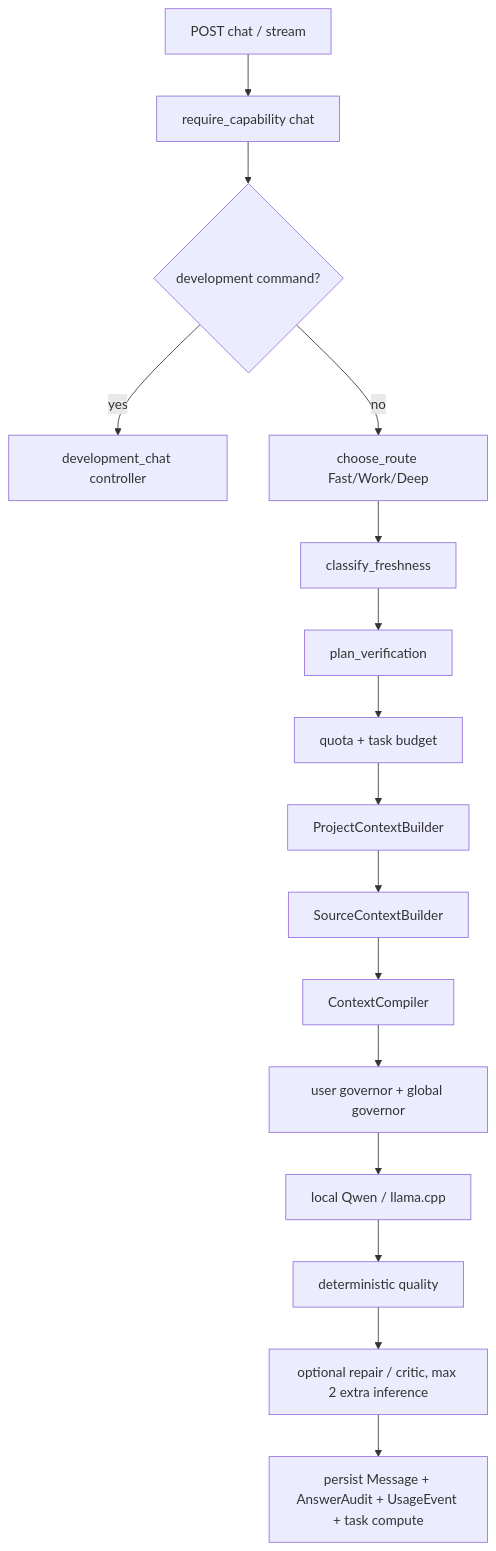
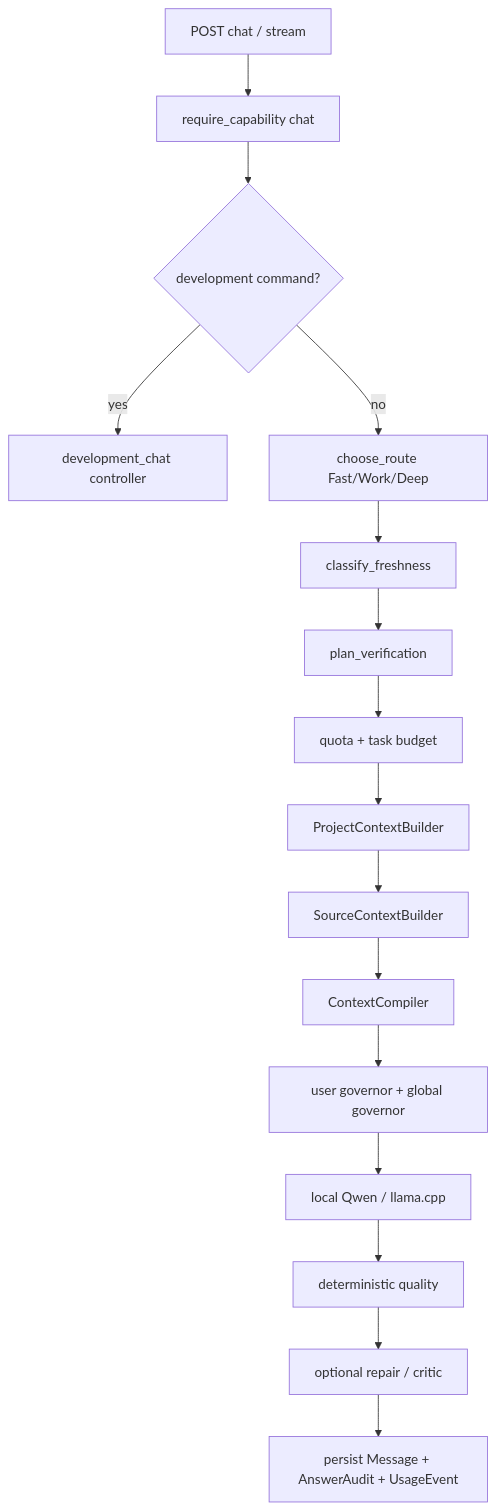
Before and after one commit to venomimonstro/OLYA-AI: the second of 3 diagrams in PROJECT_SYSTEM_MAP.md, drawn with Mermaid. The commit also changed other lines of this file and 17 other files, not shown here.

````diff
--- a/PROJECT_SYSTEM_MAP.md
+++ b/PROJECT_SYSTEM_MAP.md
@@ -224,18 +205,18 @@
 ```mermaid
 flowchart TD
     U[POST chat / stream] --> CAP[require_capability chat]
     CAP --> DEV{development command?}
     DEV -- yes --> DC[development_chat controller]
     DEV -- no --> RT[choose_route Fast/Work/Deep]
     RT --> FR[classify_freshness]
     FR --> VP[plan_verification]
     VP --> Q[quota + task budget]
     Q --> PC[ProjectContextBuilder]
     PC --> SC[SourceContextBuilder]
     SC --> CC[ContextCompiler]
     CC --> GOV[user governor + global governor]
     GOV --> L[local Qwen / llama.cpp]
     L --> DQ[deterministic quality]
-    DQ --> CR[optional repair / critic, max 2 extra inference]
-    CR --> P[persist Message + AnswerAudit + UsageEvent + task compute]
+    DQ --> CR[optional repair / critic]
+    CR --> P[persist Message + AnswerAudit + UsageEvent]
 ```
````
